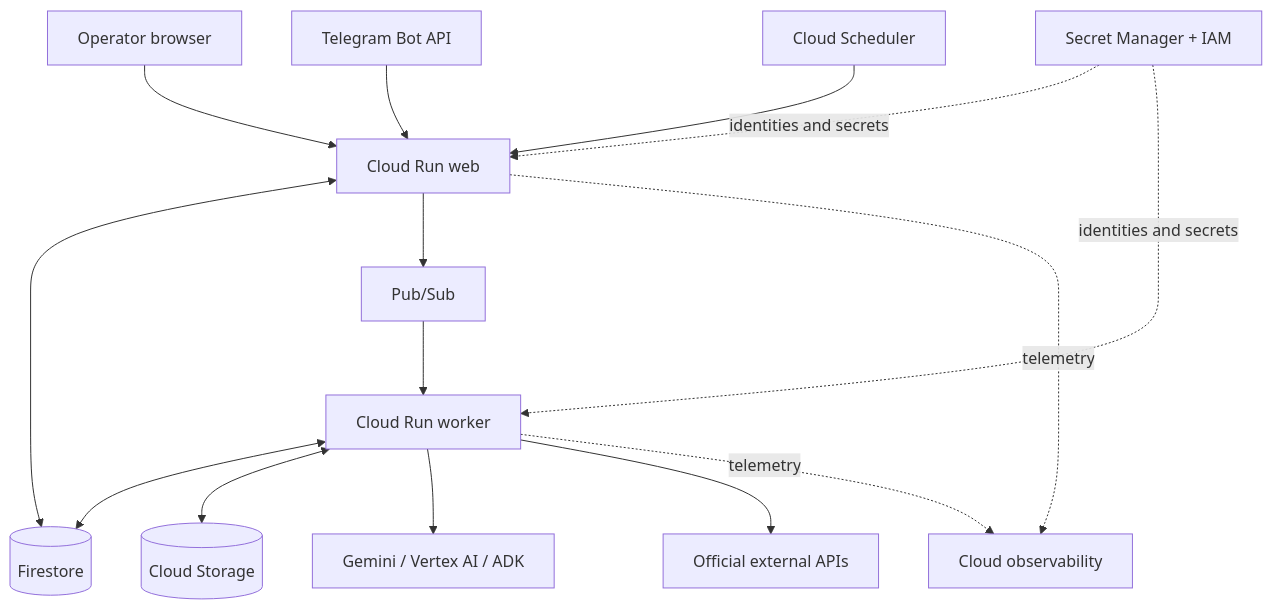
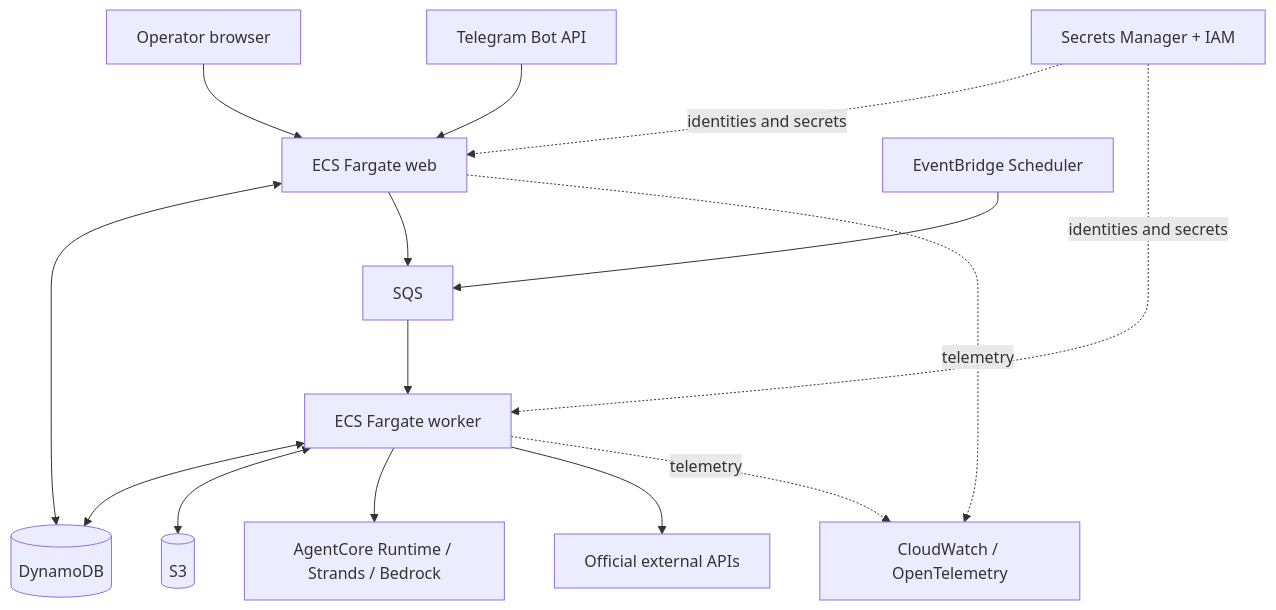
Before and after one commit to danielAsaboro/harmonia-agents-for-humans: the diagram in docs/diagrams/deployment-topology.mdx, drawn with Mermaid. The commit also changed other lines of this file and 616 other files, not shown here.

````diff
--- a/docs/diagrams/deployment-topology.mdx
+++ b/docs/diagrams/deployment-topology.mdx
@@ -6,17 +6,17 @@
 ```mermaid
 flowchart TB
-  OP[Operator browser] --> WEB[Cloud Run web]
+  OP[Operator browser] --> WEB[ECS Fargate web]
   TG[Telegram Bot API] --> WEB
-  SCH[Cloud Scheduler] --> WEB
-  WEB <--> FS[(Firestore)]
-  WEB --> PS[Pub/Sub]
-  PS --> WK[Cloud Run worker]
+  SCH[EventBridge Scheduler] --> PS
+  WEB <--> FS[(DynamoDB)]
+  WEB --> PS[SQS]
+  PS --> WK[ECS Fargate worker]
   WK <--> FS
-  WK <--> ST[(Cloud Storage)]
-  WK --> AI[Gemini / Vertex AI / ADK]
+  WK <--> ST[(S3)]
+  WK --> AI[AgentCore Runtime / Strands / Bedrock]
   WK --> EXT[Official external APIs]
-  WEB -. telemetry .-> OBS[Cloud observability]
+  WEB -. telemetry .-> OBS[CloudWatch / OpenTelemetry]
   WK -. telemetry .-> OBS
-  SEC[Secret Manager + IAM] -. identities and secrets .-> WEB
+  SEC[Secrets Manager + IAM] -. identities and secrets .-> WEB
   SEC -. identities and secrets .-> WK
 ```
````
